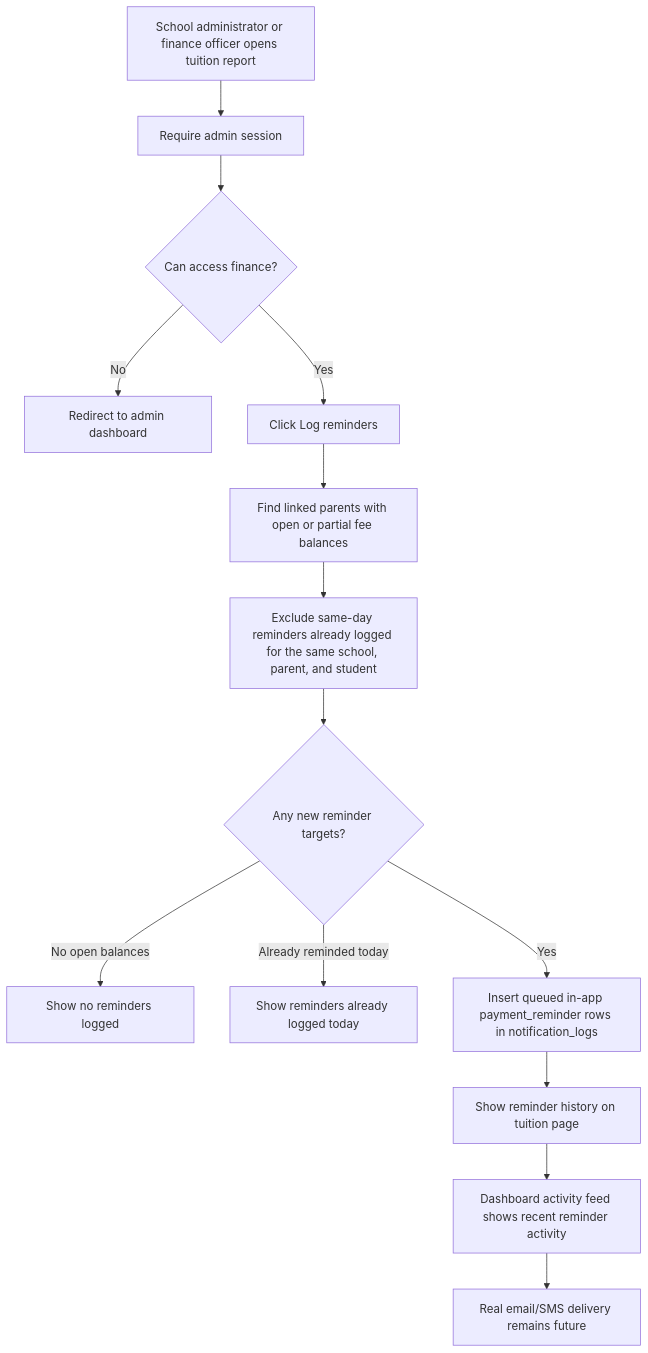
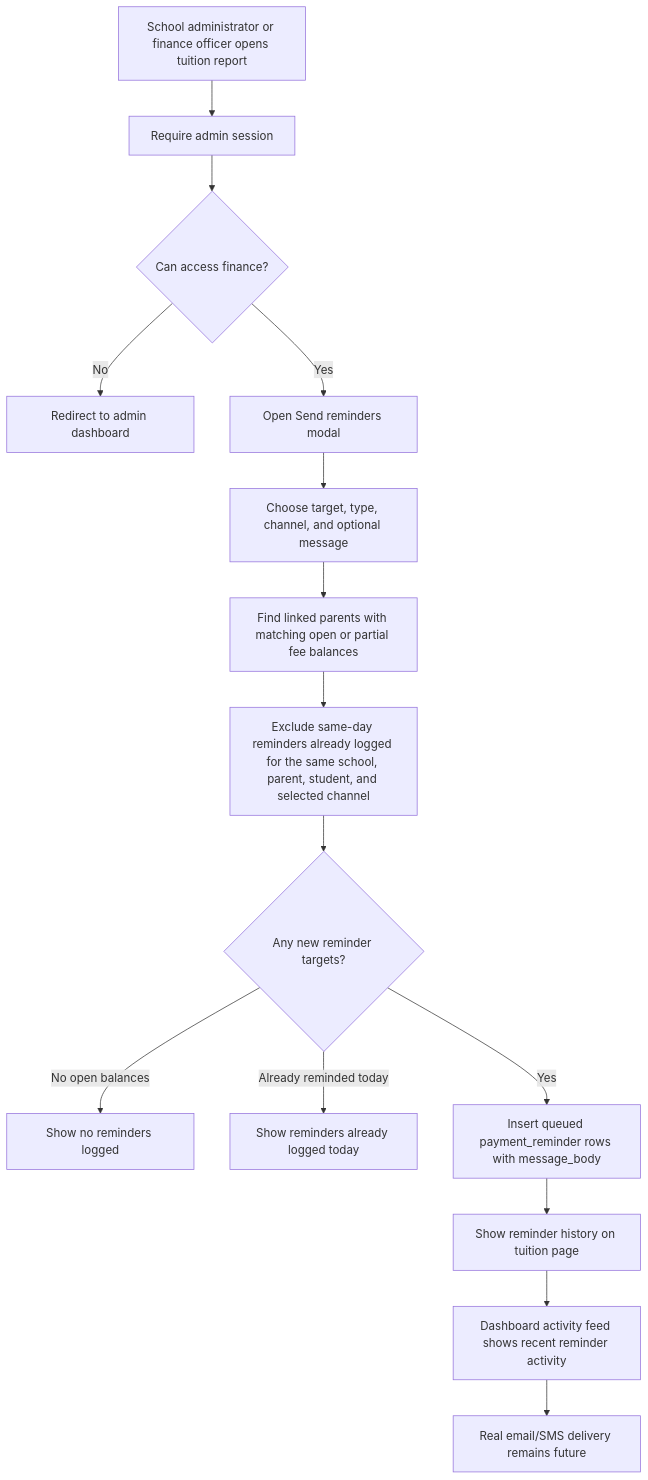
Before and after one commit to Xeyn19/xmetapay: diagram 16 of 17 in docs/PROJECT_FLOWCHARTS.md, drawn with Mermaid. The commit also changed other lines of this file and 15 other files, not shown here.

````diff
--- a/docs/PROJECT_FLOWCHARTS.md
+++ b/docs/PROJECT_FLOWCHARTS.md
@@ -535,16 +535,17 @@
 ```mermaid
 flowchart TD
   A["School administrator or finance officer opens tuition report"] --> B["Require admin session"]
   B --> C{"Can access finance?"}
   C -->|No| D["Redirect to admin dashboard"]
-  C -->|Yes| E["Click Log reminders"]
-  E --> F["Find linked parents with open or partial fee balances"]
-  F --> G["Exclude same-day reminders already logged for the same school, parent, and student"]
+  C -->|Yes| E["Open Send reminders modal"]
+  E --> E2["Choose target, type, channel, and optional message"]
+  E2 --> F["Find linked parents with matching open or partial fee balances"]
+  F --> G["Exclude same-day reminders already logged for the same school, parent, student, and selected channel"]
   G --> H{"Any new reminder targets?"}
   H -->|No open balances| I["Show no reminders logged"]
   H -->|Already reminded today| J["Show reminders already logged today"]
-  H -->|Yes| K["Insert queued in-app payment_reminder rows in notification_logs"]
+  H -->|Yes| K["Insert queued payment_reminder rows with message_body"]
   K --> L["Show reminder history on tuition page"]
   L --> M["Dashboard activity feed shows recent reminder activity"]
   M --> N["Real email/SMS delivery remains future"]
 ```
````
